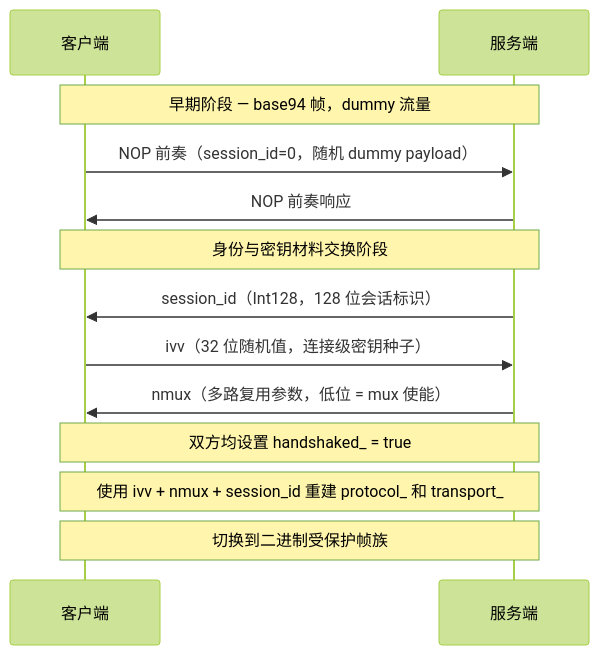
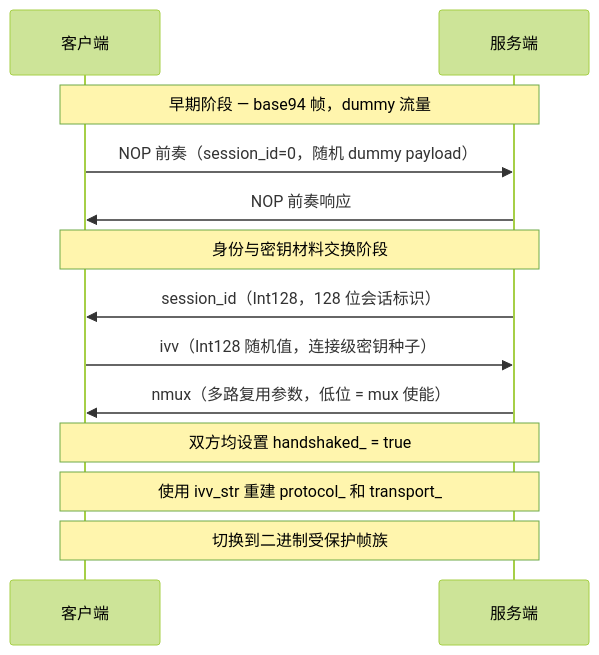
Before and after one commit to HyacinthHaru/openppp2: the seventh of 10 diagrams in docs/TRANSMISSION_CN.md, drawn with Mermaid (forest theme). The commit also changed other lines of this file and 80 other files, not shown here.

````diff
--- a/docs/TRANSMISSION_CN.md
+++ b/docs/TRANSMISSION_CN.md
@@ -407,18 +407,18 @@
 ```mermaid
 sequenceDiagram
     participant C as 客户端
     participant S as 服务端
 
     Note over C,S: 早期阶段 — base94 帧，dummy 流量
     C->>S: NOP 前奏（session_id=0，随机 dummy payload）
     S->>C: NOP 前奏响应
 
     Note over C,S: 身份与密钥材料交换阶段
     S->>C: session_id（Int128，128 位会话标识）
-    C->>S: ivv（32 位随机值，连接级密钥种子）
+    C->>S: ivv（Int128 随机值，连接级密钥种子）
     S->>C: nmux（多路复用参数，低位 = mux 使能）
 
     Note over C,S: 双方均设置 handshaked_ = true
-    Note over C,S: 使用 ivv + nmux + session_id 重建 protocol_ 和 transport_
+    Note over C,S: 使用 ivv_str 重建 protocol_ 和 transport_
     Note over C,S: 切换到二进制受保护帧族
 ```
````
